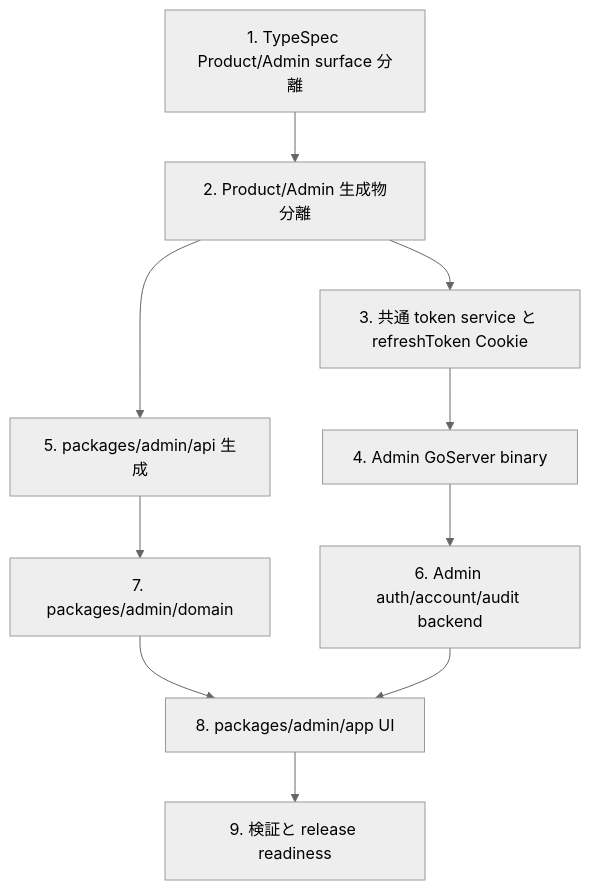
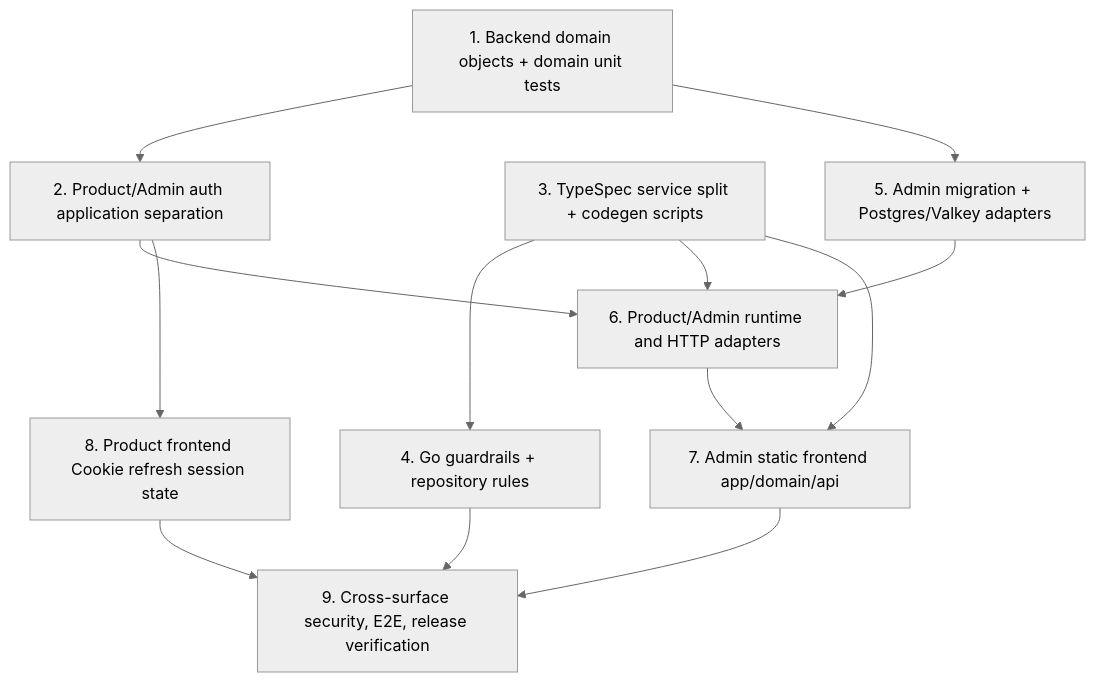
One commit to witwire-net/www-template changed the ninth of 9 diagrams in openspec/changes/admin-backend-architecture-account-creation/design.md. Above: the diagram before and after it, drawn with Mermaid (neutral theme). The commit also changed other lines of this file and 8 other files, not shown here.

````diff
--- a/openspec/changes/admin-backend-architecture-account-creation/design.md
+++ b/openspec/changes/admin-backend-architecture-account-creation/design.md
@@ -343,12 +647,24 @@
 ```mermaid
 flowchart TD
-  T1[1. TypeSpec Product/Admin surface 分離] --> T2[2. Product/Admin 生成物分離]
-  T2 --> TAuth[3. 共通 token service と refreshToken Cookie]
-  TAuth --> T3[4. Admin GoServer binary]
-  T2 --> T4[5. packages/admin/api 生成]
-  T3 --> T5[6. Admin auth/account/audit backend]
-  T4 --> T6[7. packages/admin/domain]
-  T6 --> T7[8. packages/admin/app UI]
-  T5 --> T7
-  T7 --> T8[9. 検証と release readiness]
+  D1[1. Backend domain objects + domain unit tests]
+  D2[2. Product/Admin auth application separation]
+  D3[3. TypeSpec service split + codegen scripts]
+  D4[4. Go guardrails + repository rules]
+  D5[5. Admin migration + Postgres/Valkey adapters]
+  D6[6. Product/Admin runtime and HTTP adapters]
+  D7[7. Admin static frontend app/domain/api]
+  D8[8. Product frontend Cookie refresh session state]
+  D9[9. Cross-surface security, E2E, release verification]
+  D1 --> D2
+  D1 --> D5
+  D3 --> D4
+  D3 --> D6
+  D2 --> D6
+  D5 --> D6
+  D3 --> D7
+  D6 --> D7
+  D2 --> D8
+  D7 --> D9
+  D8 --> D9
+  D4 --> D9
 ```
````
